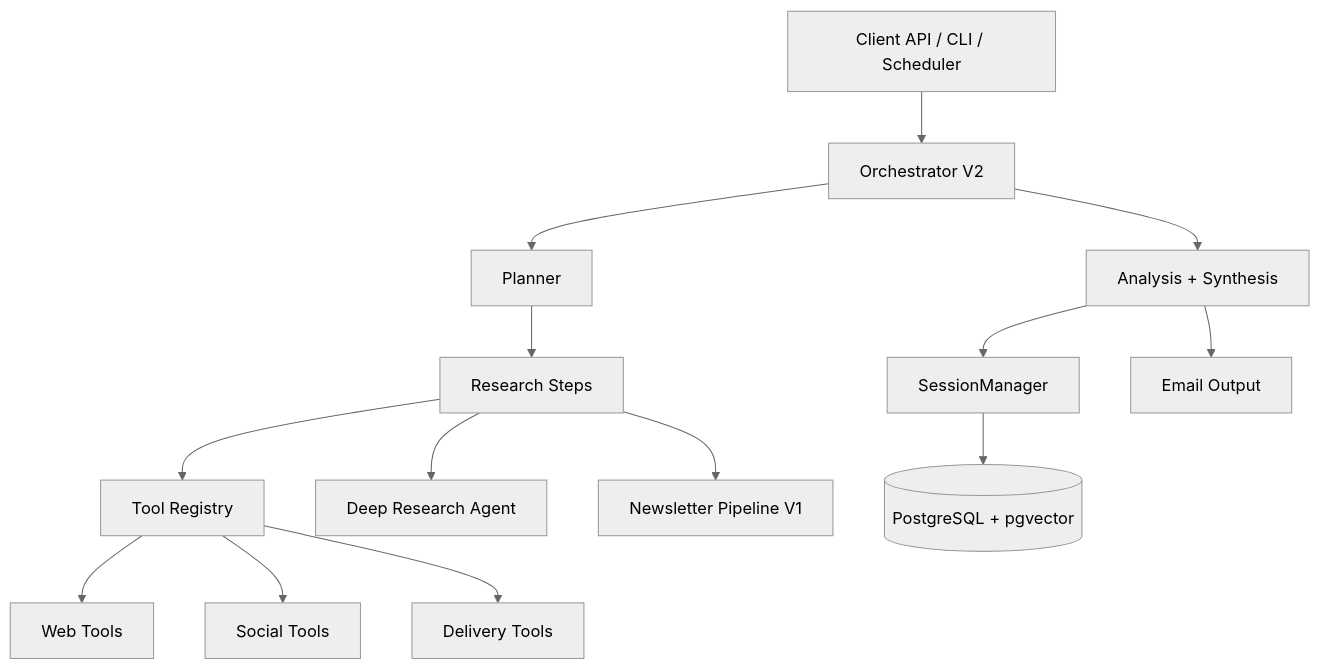
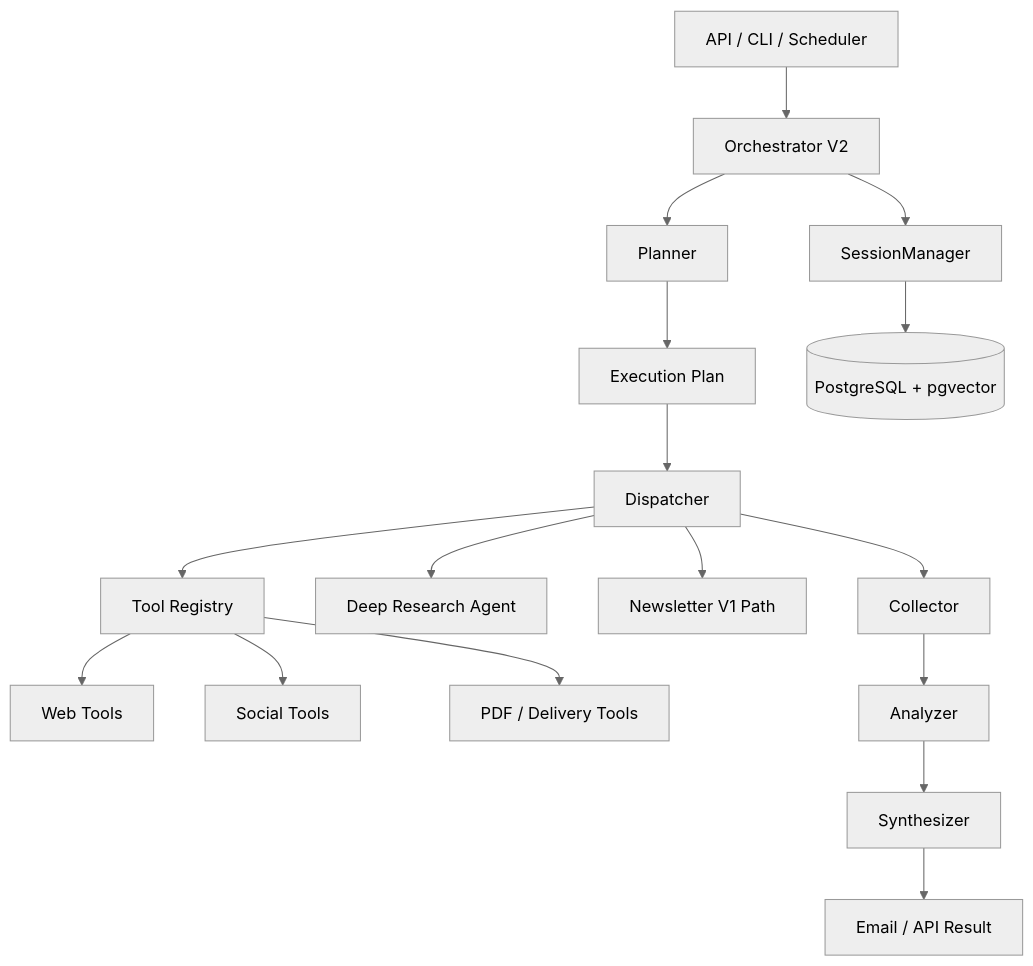
One commit to EngineerProjects/tech-watch-agent changed the diagram in README.md. Above: the diagram before and after it, drawn with Mermaid (neutral theme). The commit also changed other lines of this file, not shown here.

````diff
--- a/README.md
+++ b/README.md
@@ -38,16 +59,19 @@
 ```mermaid
 flowchart TD
-    A[Client API / CLI / Scheduler] --> B[Orchestrator V2]
+    A[API / CLI / Scheduler] --> B[Orchestrator V2]
     B --> C[Planner]
-    C --> D[Research Steps]
-    D --> E[Tool Registry]
-    D --> F[Deep Research Agent]
-    D --> G[Newsletter Pipeline V1]
-    E --> H[Web Tools]
-    E --> I[Social Tools]
-    E --> J[Delivery Tools]
-    B --> K[Analysis + Synthesis]
-    K --> L[SessionManager]
-    L --> M[(PostgreSQL + pgvector)]
-    K --> N[Email Output]
+    C --> D[Execution Plan]
+    D --> E[Dispatcher]
+    E --> F[Tool Registry]
+    E --> G[Deep Research Agent]
+    E --> H[Newsletter V1 Path]
+    F --> I[Web Tools]
+    F --> J[Social Tools]
+    F --> K[PDF / Delivery Tools]
+    E --> L[Collector]
+    L --> M[Analyzer]
+    M --> N[Synthesizer]
+    N --> O[Email / API Result]
+    B --> P[SessionManager]
+    P --> Q[(PostgreSQL + pgvector)]
 ```
````
